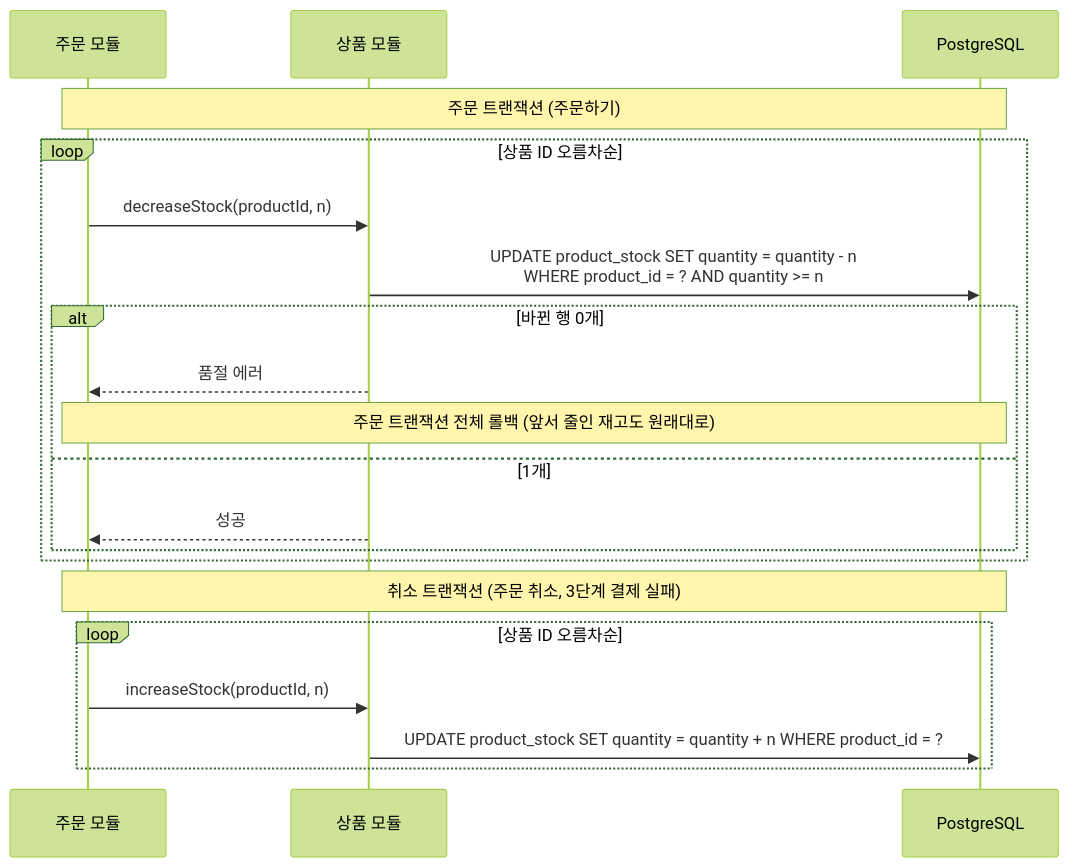
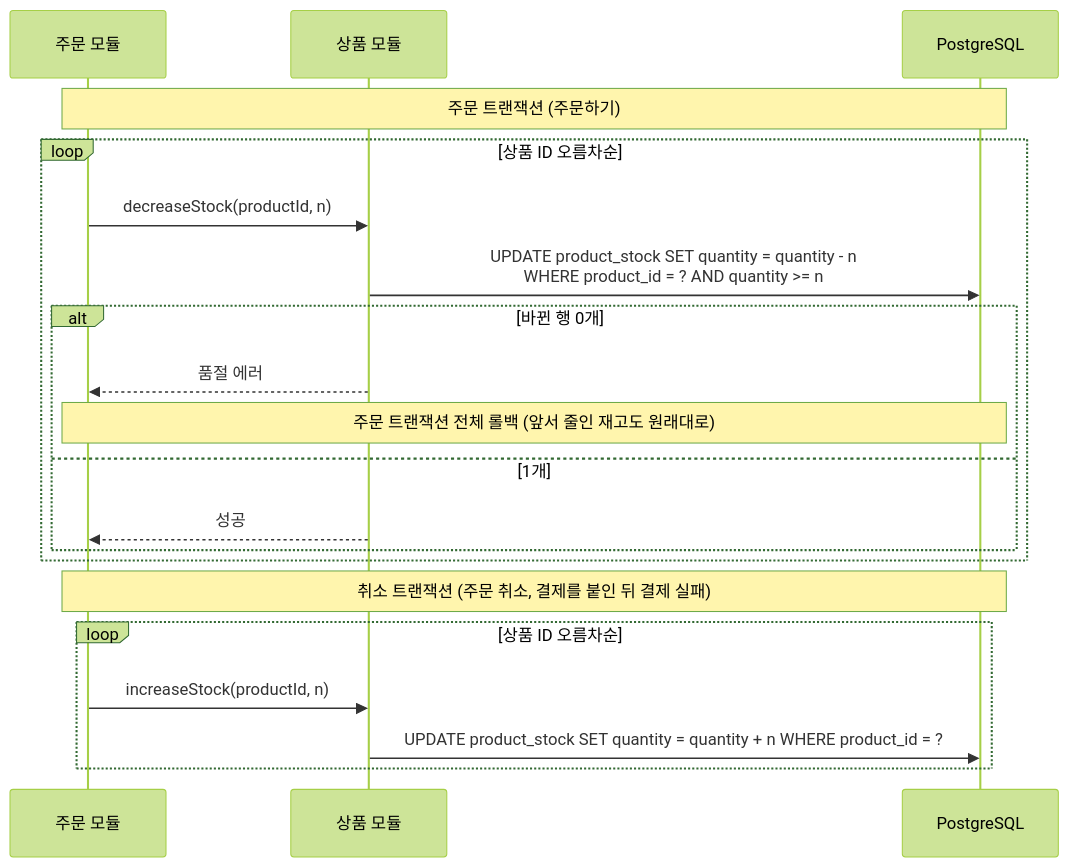
One commit to KAPUIST/flash-gate changed the third of 3 diagrams in docs/features/product/flows.md. Above: the diagram before and after it, drawn with Mermaid (forest theme). The commit also changed other lines of this file and 33 other files, not shown here.

````diff
--- a/docs/features/product/flows.md
+++ b/docs/features/product/flows.md
@@ -88,24 +88,24 @@
 ```mermaid
 sequenceDiagram
     participant O as 주문 모듈
     participant P as 상품 모듈
     participant D as PostgreSQL
 
     Note over O,D: 주문 트랜잭션 (주문하기)
     loop 상품 ID 오름차순
         O->>P: decreaseStock(productId, n)
         P->>D: UPDATE product_stock SET quantity = quantity - n<br/>WHERE product_id = ? AND quantity >= n
         alt 바뀐 행 0개
             P-->>O: 품절 에러
             Note over O,D: 주문 트랜잭션 전체 롤백 (앞서 줄인 재고도 원래대로)
         else 1개
             P-->>O: 성공
         end
     end
 
-    Note over O,D: 취소 트랜잭션 (주문 취소, 3단계 결제 실패)
+    Note over O,D: 취소 트랜잭션 (주문 취소, 결제를 붙인 뒤 결제 실패)
     loop 상품 ID 오름차순
         O->>P: increaseStock(productId, n)
         P->>D: UPDATE product_stock SET quantity = quantity + n WHERE product_id = ?
     end
 ```
````
